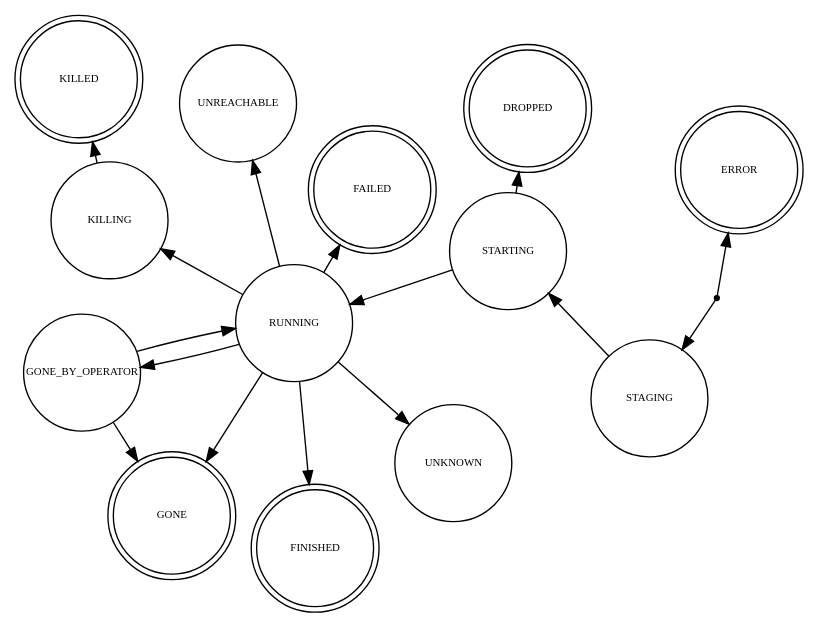
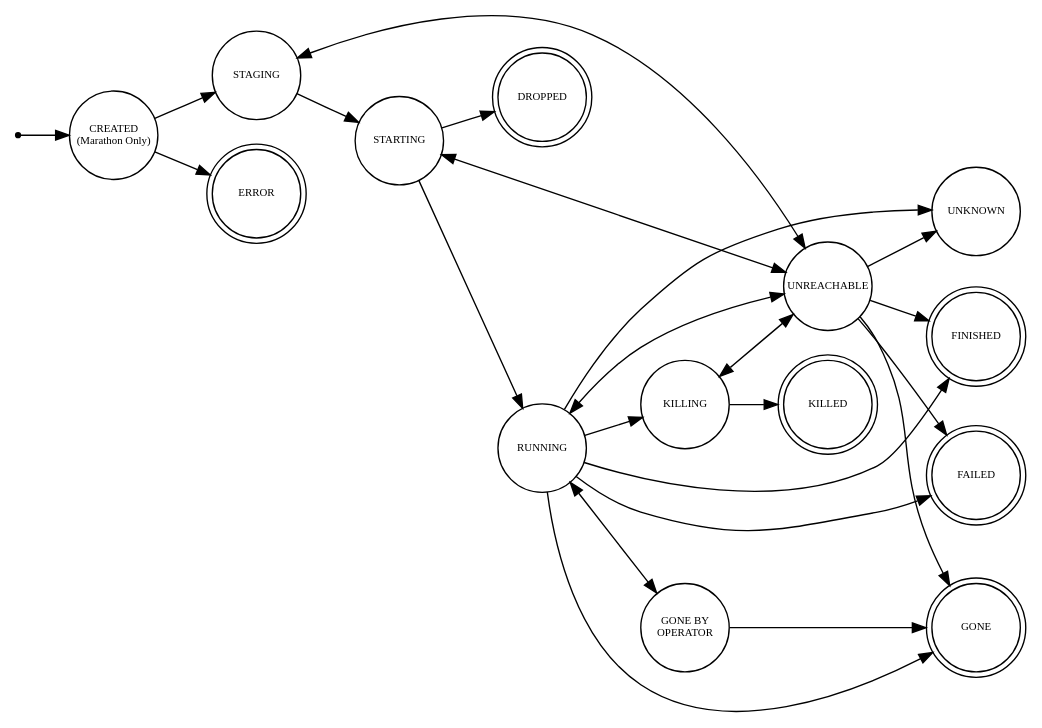
Before and after one commit to mesosphere/marathon: the diagram in task_status_fsm.dot, drawn with Graphviz. The commit also changed 2 other files, not shown here.

Commit message:
Document task states.

```diff
--- a/task_status_fsm.dot
+++ b/task_status_fsm.dot
@@ -1,49 +1,107 @@
 digraph task_status_fsm {
-    layout = "fdp"
+    //layout = "fdp"
+    rankdir = LR
 
     node [shape = point]; start;
 
     node [ fontsize = 8
          , fixedsize = true
-         , width=1.2
+         , width=0.9
          ]
 
 
-    // Non-terminal states
+      /**************************/
+     /** Non-terminal states **/
+    /************************/
 	node [shape = circle];
+    "CREATED\n(Marathon Only)";
+
+    // Initial state. Framework status updates should not use.
     STAGING;
-	STARTING;
+
+    // The task is being launched by the executor.
+    STARTING;
+
 	RUNNING;
-	KILLING;
+
+    // The task is being killed by the executor.
+    KILLING;
+
+    // The task was running on an agent that has lost contact with the
+    // master, typically due to a network failure or partition. The task
+    // may or may not still be running.
 	UNREACHABLE;
-	GONE_BY_OPERATOR;
+
+    // The task was running on an agent that the master cannot contact;
+    // the operator has asserted that the agent has been shutdown, but
+    // this has not been directly confirmed by the master. If the
+    // operator is correct, the task is not running and this is a
+    // terminal state; if the operator is mistaken, the task might still
+    // be running, and might return to the RUNNING state in the future.
+	"GONE BY\nOPERATOR";
+
+    // The master has no knowledge of the task. This is typically
+    // because either (a) the master never had knowledge of the task, or
+    // (b) the master forgot about the task because it garbaged
+    // collected its metadata about the task. The task may or may not
+    // still be running.
 	UNKNOWN;
 
-    // Terminal states
+      /*************************/
+     /**** Terminal states ****/
+    /*************************/
 	node [shape = doublecircle];
+
+    // The task was running on an agent that has been shutdown (e.g.,
+    // the agent become partitioned, rebooted, and then reconnected to
+    // the master; any tasks running before the reboot will transition
+    // from UNREACHABLE to GONE). The task is no longer running. This is
+    // a terminal state.
     GONE;
-	FINISHED;
-	FAILED;
-	KILLED;
-	ERROR;
+
+    // The task finished successfully.
+    FINISHED;
+
+    // The task failed to finish successfully.
+    FAILED;
+
+    // The task was killed by the executor.
+    KILLED;
+
+    // The task description contains an error.
+    ERROR;
+
+    // The task failed to launch because of a transient error. The
+    // task's executor never started running. Unlike TASK_ERROR, the
+    // task description is valid -- attempting to launch the task again
+    // may be successful. This is a terminal state.
 	DROPPED;
 
-    start -> ERROR;
-    start -> STAGING;
+    start -> "CREATED\n(Marathon Only)";
+    "CREATED\n(Marathon Only)" -> ERROR;
+    "CREATED\n(Marathon Only)" -> STAGING;
     STAGING -> STARTING;
     STARTING -> RUNNING;
     STARTING -> DROPPED;
 
     RUNNING -> GONE;
-    RUNNING -> GONE_BY_OPERATOR;
+    RUNNING -> "GONE BY\nOPERATOR" [dir = both];
     RUNNING -> FAILED;
     RUNNING -> FINISHED;
     RUNNING -> UNKNOWN;
-    RUNNING -> UNREACHABLE;
     RUNNING -> KILLING;
 
     KILLING -> KILLED;
 
-    GONE_BY_OPERATOR -> GONE;
-    GONE_BY_OPERATOR -> RUNNING;
+    "GONE BY\nOPERATOR" -> GONE;
+
+    UNREACHABLE -> UNKNOWN;
+    UNREACHABLE -> GONE;
+    UNREACHABLE -> FAILED;
+    UNREACHABLE -> FINISHED;
+
+    RUNNING -> UNREACHABLE [dir = both];
+    STARTING -> UNREACHABLE [dir = both];
+    STAGING -> UNREACHABLE [dir = both];
+    KILLING -> UNREACHABLE [dir = both];
 }
```
